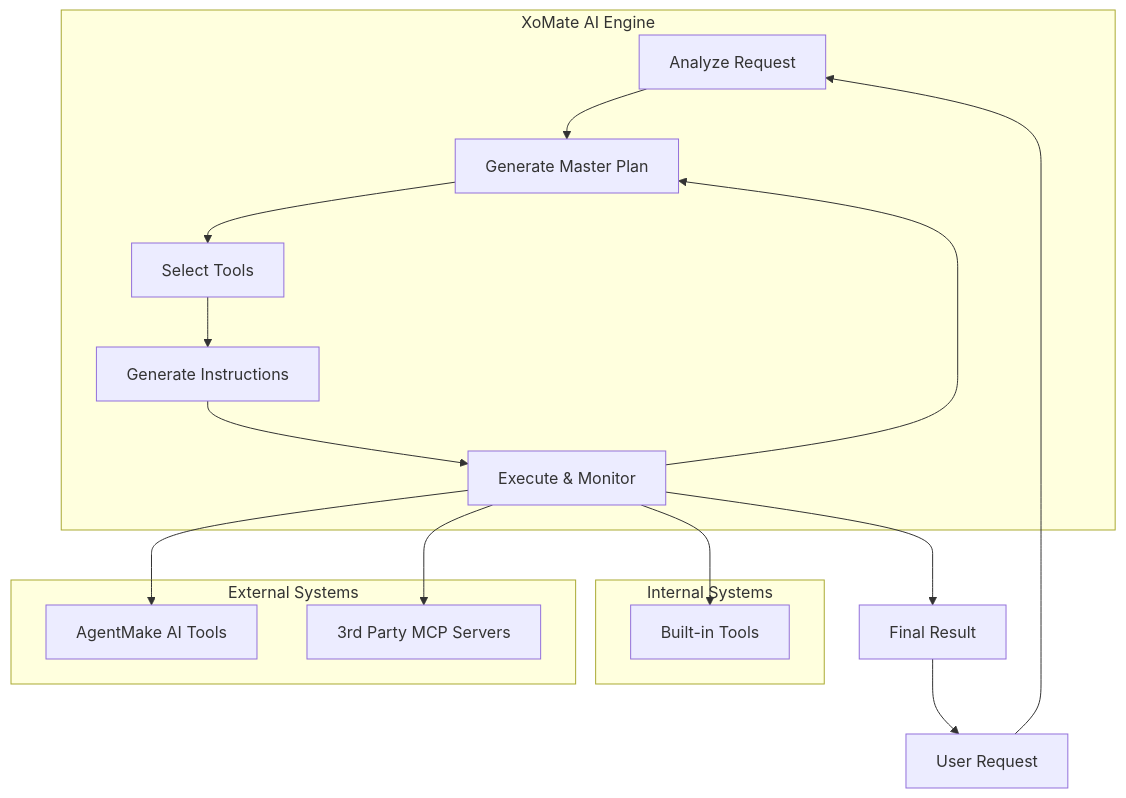
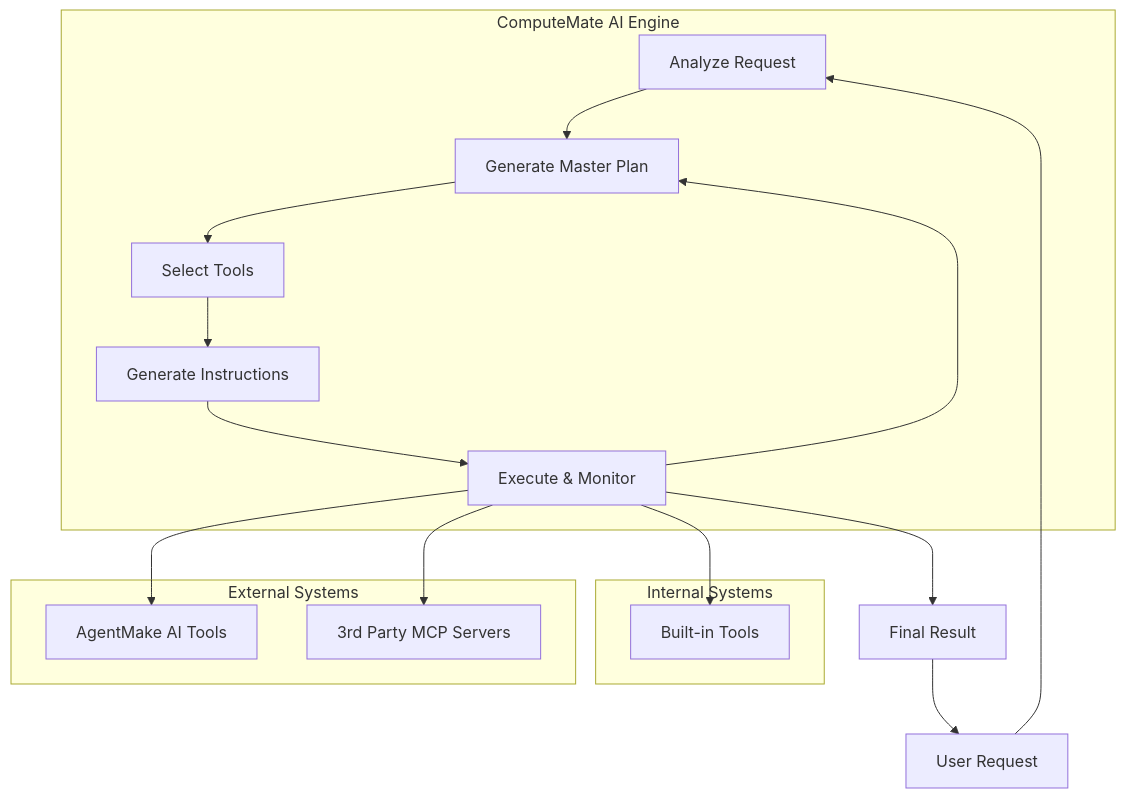
Before and after one commit to eliranwong/computemate: the diagram in README.md, drawn with Mermaid. The commit also changed other lines of this file and 27 other files, not shown here.

````diff
--- a/README.md
+++ b/README.md
@@ -46,34 +46,34 @@
 ```mermaid
 graph TD
-    subgraph "XoMate AI Engine"
+    subgraph "ComputeMate AI Engine"
         B["Analyze Request"]
         C["Generate Master Plan"]
         D["Select Tools"]
         E["Generate Instructions"]
         F["Execute & Monitor"]
     end
 
     A["User Request"] --> B
     B --> C
     C --> D
     D --> E
     E --> F
     F --> C
 
     subgraph "Internal Systems"
         J["Built-in Tools"]
     end
 
     subgraph "External Systems"
         G["AgentMake AI Tools"]
         H["3rd Party MCP Servers"]
     end
 
     F --> J
     F --> G
     F --> H
 
     I["Final Result"]
     F --> I
     I --> A
 ```
````
